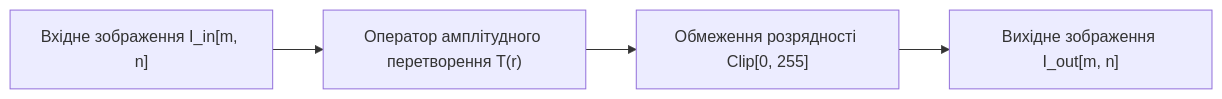
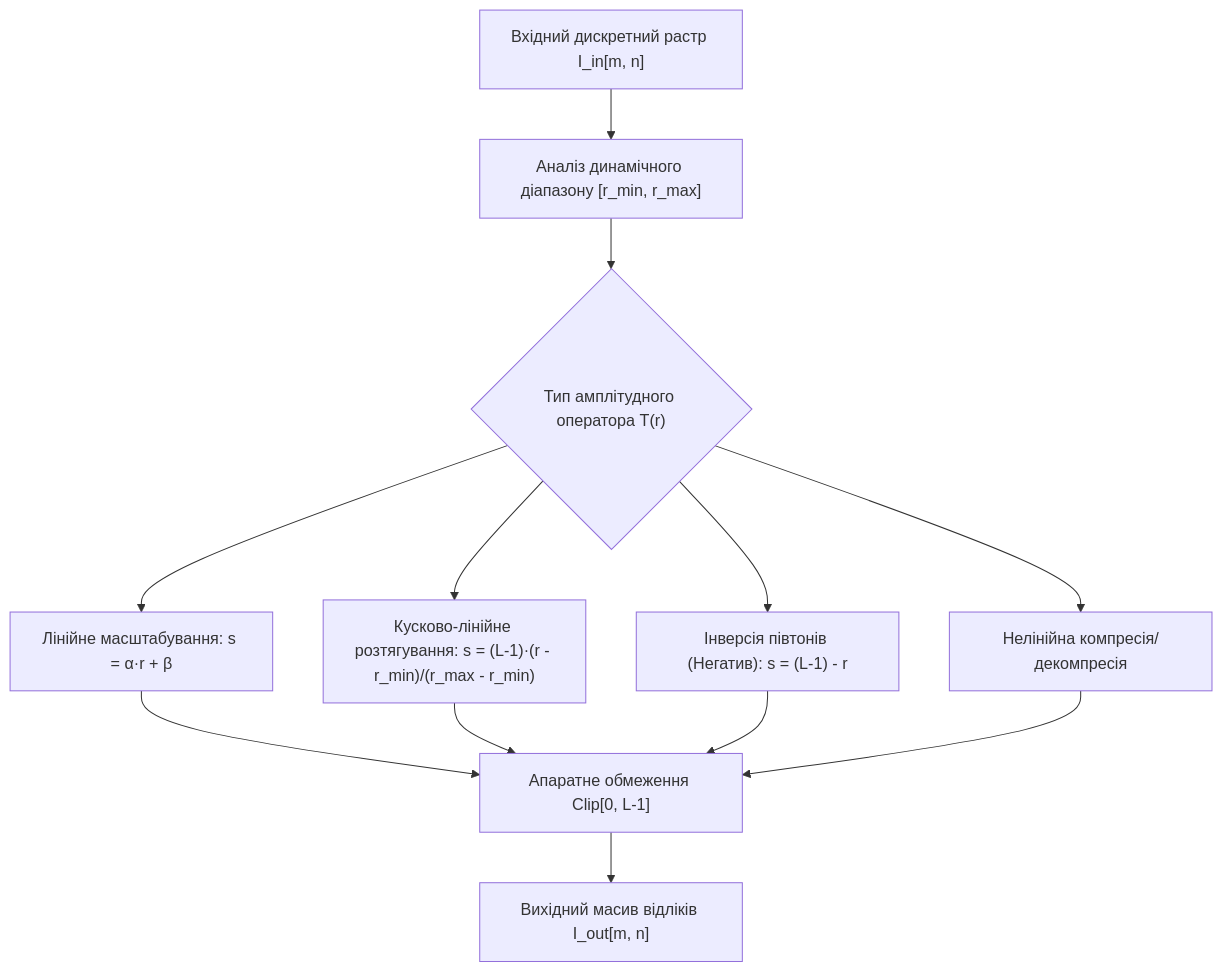
One commit to KyryloVadurin/signal-image-processing changed the first of 4 diagrams in docs/lk/lk6.md. Above: the diagram before and after it, drawn with Mermaid. The commit also changed other lines of this file, not shown here.

````diff
--- a/docs/lk/lk6.md
+++ b/docs/lk/lk6.md
@@ -17,6 +68,14 @@
 ```mermaid
-flowchart LR
-    A["Вхідне зображення I_in[m, n]"] --> B["Оператор амплітудного перетворення T(r)"]
-    B --> C["Обмеження розрядності Clip[0, 255]"]
-    C --> D["Вихідне зображення I_out[m, n]"]
+flowchart TD
+    A["Вхідний дискретний растр I_in[m, n]"] --> B["Аналіз динамічного діапазону [r_min, r_max]"]
+    B --> C{"Тип амплітудного оператора T(r)"}
+    C --> D["Лінійне масштабування: s = α·r + β"]
+    C --> E["Кусково-лінійне розтягування: s = (L-1)·(r - r_min)/(r_max - r_min)"]
+    C --> F["Інверсія півтонів (Негатив): s = (L-1) - r"]
+    C --> G["Нелінійна компресія/декомпресія"]
+    D --> H["Апаратне обмеження Clip[0, L-1]"]
+    E --> H
+    F --> H
+    G --> H
+    H --> I["Вихідний масив відліків I_out[m, n]"]
 ```
````
